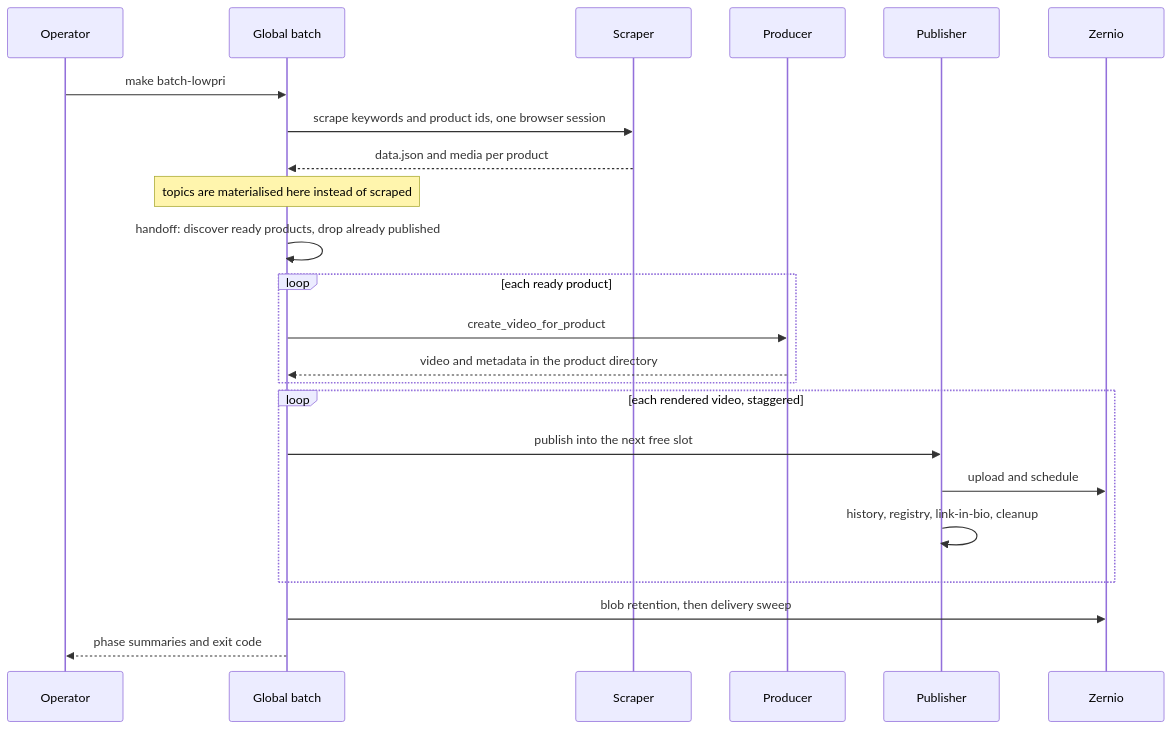
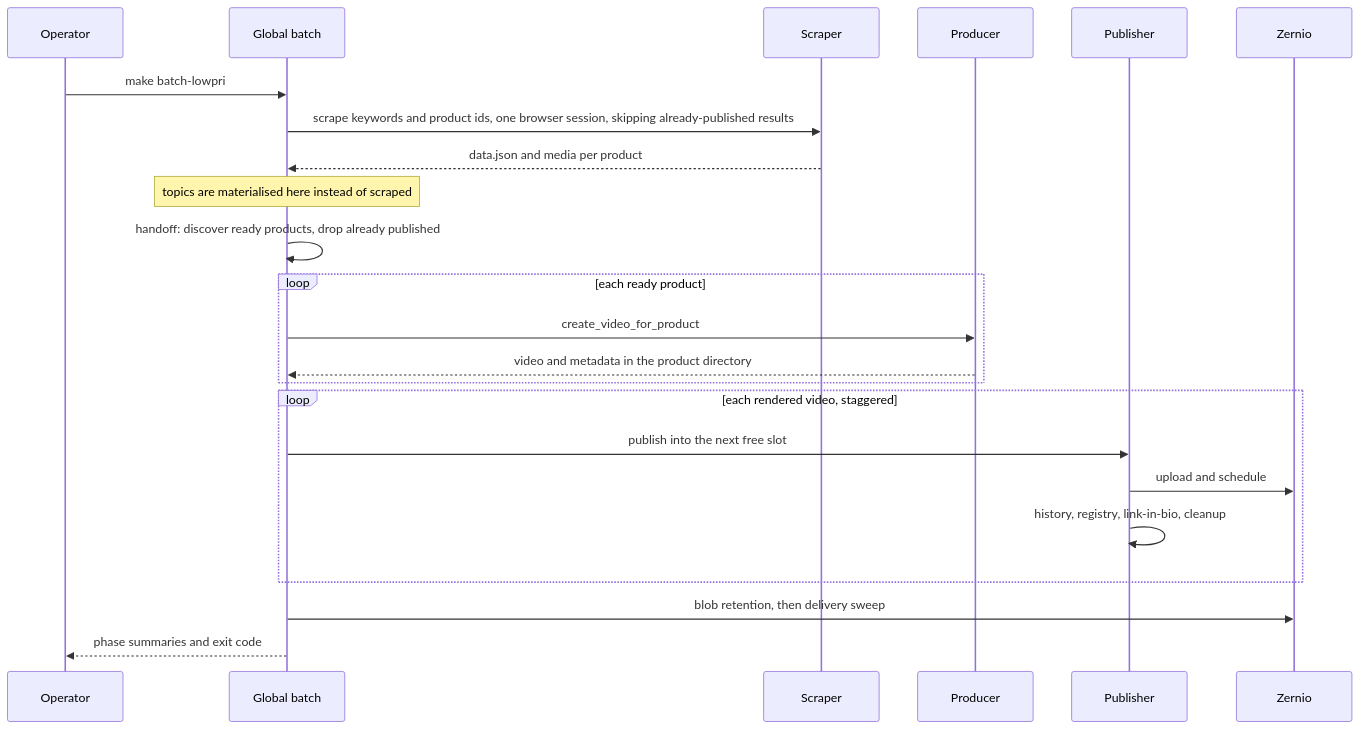
One commit to stkzlv/ContentEngineAI changed the third of 5 diagrams in docs/architecture.md. Above: the diagram before and after it, drawn with Mermaid. The commit also changed other lines of this file and 15 other files, not shown here.

````diff
--- a/docs/architecture.md
+++ b/docs/architecture.md
@@ -166,26 +166,26 @@
 ```mermaid
 sequenceDiagram
     participant Op as Operator
     participant B as Global batch
     participant S as Scraper
     participant P as Producer
     participant Pub as Publisher
     participant Z as Zernio
 
     Op->>B: make batch-lowpri
-    B->>S: scrape keywords and product ids, one browser session
+    B->>S: scrape keywords and product ids, one browser session, skipping already-published results
     S-->>B: data.json and media per product
     Note over B: topics are materialised here instead of scraped
     B->>B: handoff: discover ready products, drop already published
     loop each ready product
         B->>P: create_video_for_product
         P-->>B: video and metadata in the product directory
     end
     loop each rendered video, staggered
         B->>Pub: publish into the next free slot
         Pub->>Z: upload and schedule
         Pub->>Pub: history, registry, link-in-bio, cleanup
     end
     B->>Z: blob retention, then delivery sweep
     B-->>Op: phase summaries and exit code
 ```
````
